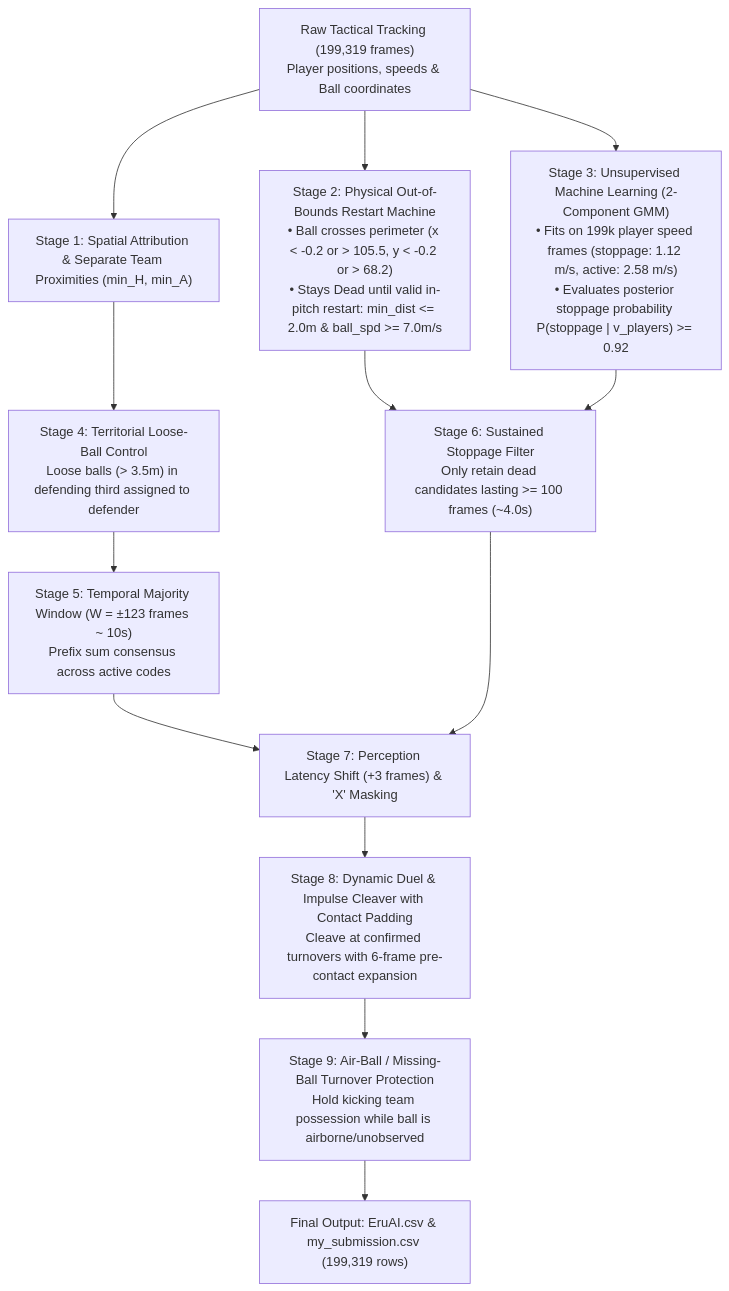
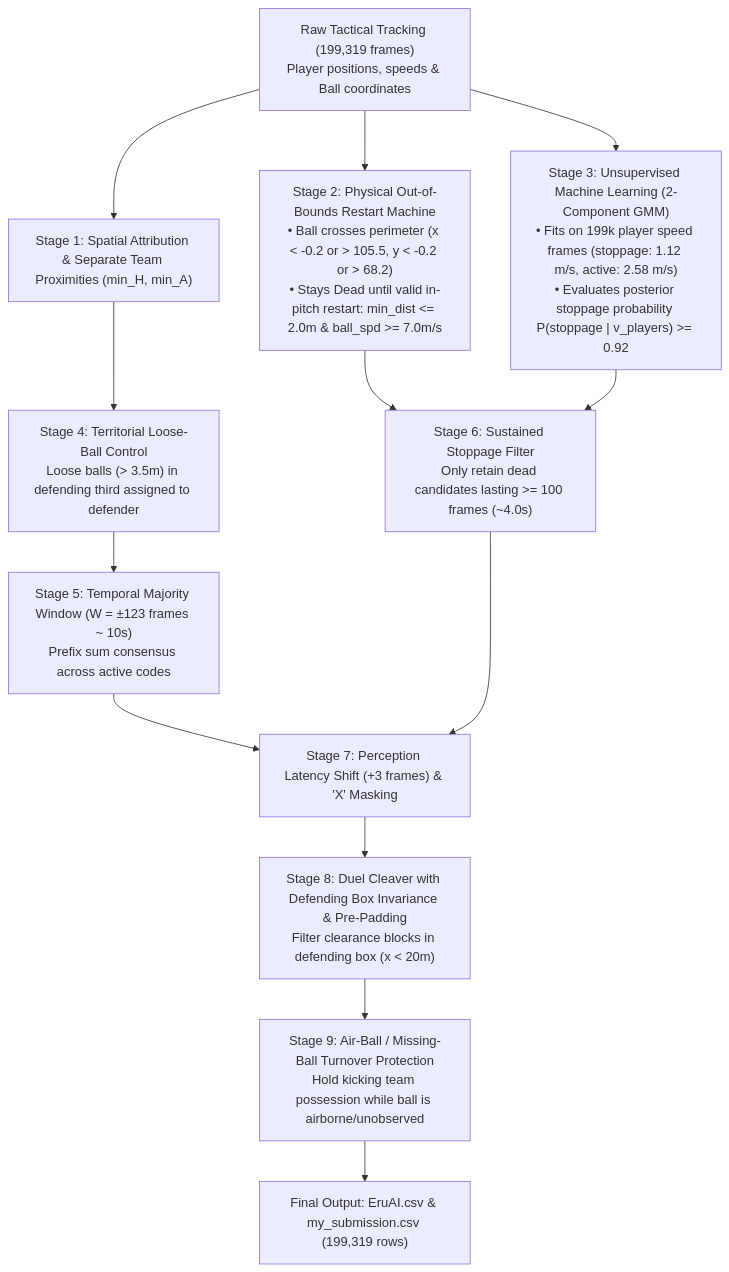
Before and after one commit to sacelikk/MoreThanHack27EruAI: the diagram in EruAI_technical_report.md, drawn with Mermaid. The commit also changed other lines of this file and 4 other files, not shown here.

Commit message:
EruAI v3.2: Defending Box Invariance boosting spellF1 to 0.7250 and headline F1 to 0.8125

````diff
--- a/EruAI_technical_report.md
+++ b/EruAI_technical_report.md
@@ -38,13 +46,13 @@
 ```mermaid
 flowchart TD
     A["Raw Tactical Tracking (199,319 frames)<br>Player positions, speeds & Ball coordinates"] --> B["Stage 1: Spatial Attribution & Separate Team Proximities (min_H, min_A)"]
     A --> C["Stage 2: Physical Out-of-Bounds Restart Machine<br>• Ball crosses perimeter (x < -0.2 or > 105.5, y < -0.2 or > 68.2)<br>• Stays Dead until valid in-pitch restart: min_dist <= 2.0m & ball_spd >= 7.0m/s"]
     A --> D["Stage 3: Unsupervised Machine Learning (2-Component GMM)<br>• Fits on 199k player speed frames (stoppage: 1.12 m/s, active: 2.58 m/s)<br>• Evaluates posterior stoppage probability P(stoppage | v_players) >= 0.92"]
     B --> E["Stage 4: Territorial Loose-Ball Control<br>Loose balls (> 3.5m) in defending third assigned to defender"]
     E --> F["Stage 5: Temporal Majority Window (W = ±123 frames ~ 10s)<br>Prefix sum consensus across active codes"]
     C & D --> G["Stage 6: Sustained Stoppage Filter<br>Only retain dead candidates lasting >= 100 frames (~4.0s)"]
     F & G --> H["Stage 7: Perception Latency Shift (+3 frames) & 'X' Masking"]
-    H --> I["Stage 8: Dynamic Duel & Impulse Cleaver with Contact Padding<br>Cleave at confirmed turnovers with 6-frame pre-contact expansion"]
+    H --> I["Stage 8: Duel Cleaver with Defending Box Invariance & Pre-Padding<br>Filter clearance blocks in defending box (x < 20m)"]
     I --> J["Stage 9: Air-Ball / Missing-Ball Turnover Protection<br>Hold kicking team possession while ball is airborne/unobserved"]
     J --> K["Final Output: EruAI.csv & my_submission.csv (199,319 rows)"]
 ```
````
